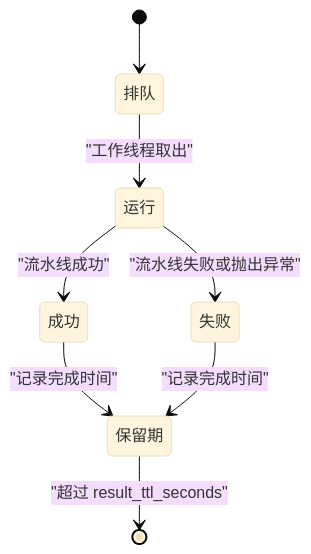
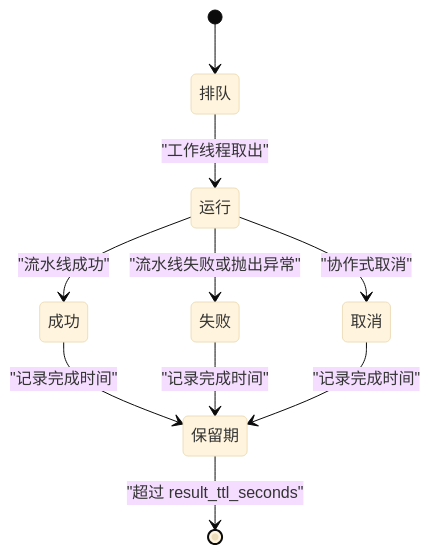
Before and after one commit to hsmbanlance/HsBaSlicer: the fifth of 16 diagrams in .qoder/repowiki/zh/content/高级主题/REST API 服务进程.md, drawn with Mermaid (base theme). The commit also changed other lines of this file and 101 other files, not shown here.

````diff
--- a/.qoder/repowiki/zh/content/高级主题/REST API 服务进程.md
+++ b/.qoder/repowiki/zh/content/高级主题/REST API 服务进程.md
@@ -151,10 +212,12 @@
 ```mermaid
 stateDiagram-v2
 [*] --> 排队
 排队 --> 运行 : "工作线程取出"
 运行 --> 成功 : "流水线成功"
 运行 --> 失败 : "流水线失败或抛出异常"
+运行 --> 取消 : "协作式取消"
 成功 --> 保留期 : "记录完成时间"
 失败 --> 保留期 : "记录完成时间"
+取消 --> 保留期 : "记录完成时间"
 保留期 --> [*] : "超过 result_ttl_seconds"
 ```
````
